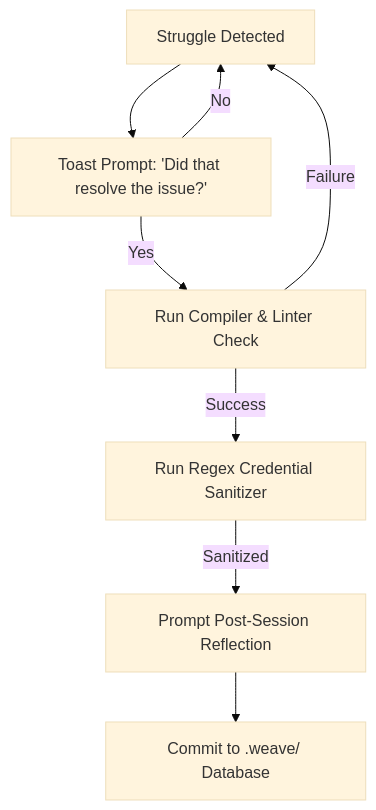
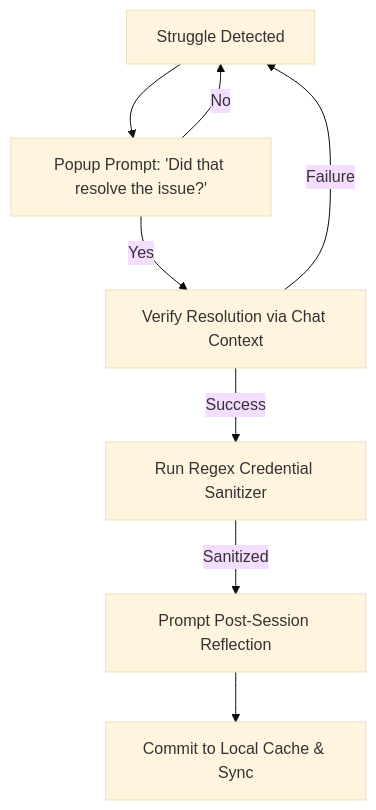
Before and after one commit to 6elax/design-direction2: the diagram in SKILL.md, drawn with Mermaid (base theme). The commit also changed other lines of this file and 9 other files, not shown here.

````diff
--- a/SKILL.md
+++ b/SKILL.md
@@ -96,10 +71,10 @@
 ```mermaid
 graph TD
-    A[Struggle Detected] --> B[Toast Prompt: 'Did that resolve the issue?']
-    B -->|Yes| C[Run Compiler & Linter Check]
+    A[Struggle Detected] --> B[Popup Prompt: 'Did that resolve the issue?']
+    B -->|Yes| C[Verify Resolution via Chat Context]
     B -->|No| A
     C -->|Success| D[Run Regex Credential Sanitizer]
     C -->|Failure| A
     D -->|Sanitized| E[Prompt Post-Session Reflection]
-    E --> F[Commit to .weave/ Database]
+    E --> F[Commit to Local Cache & Sync]
 ```
````
